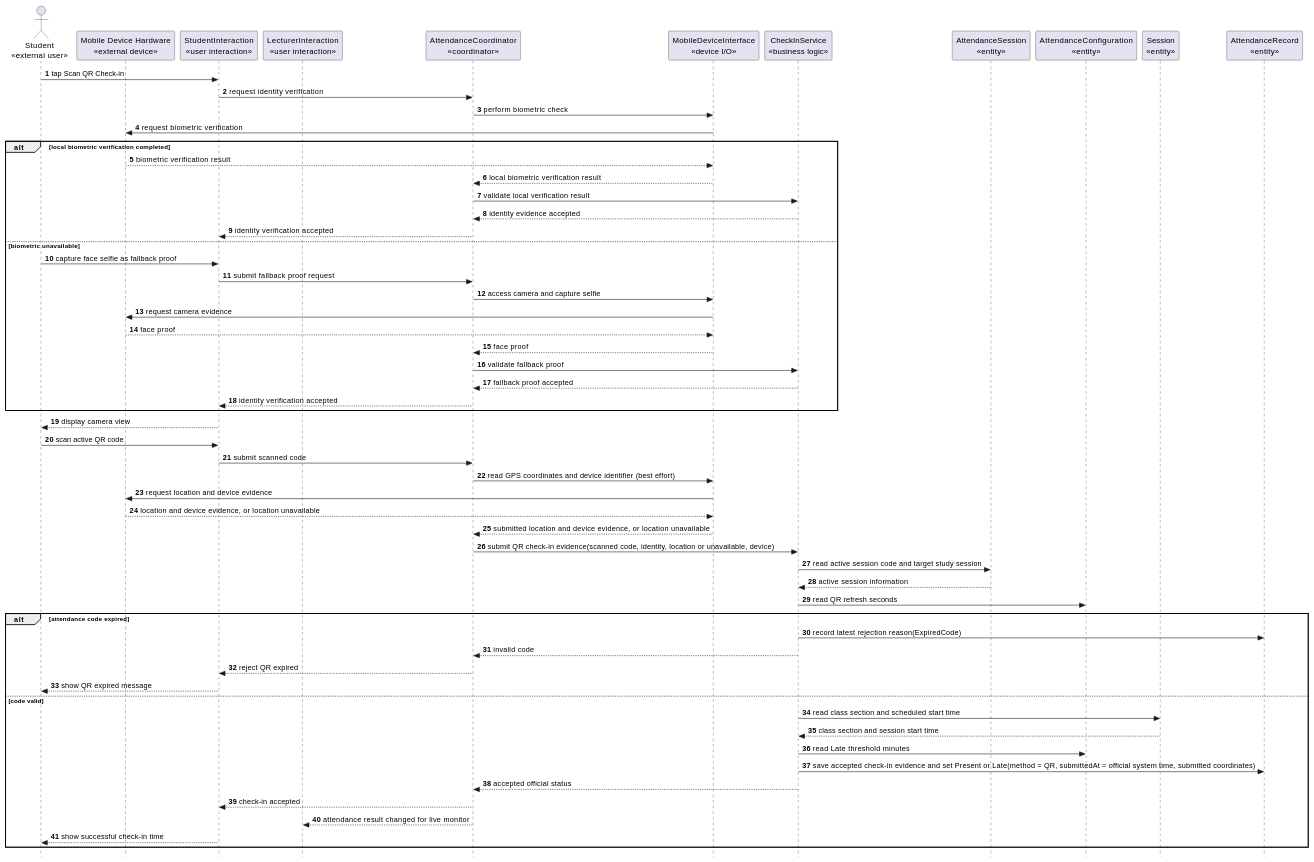
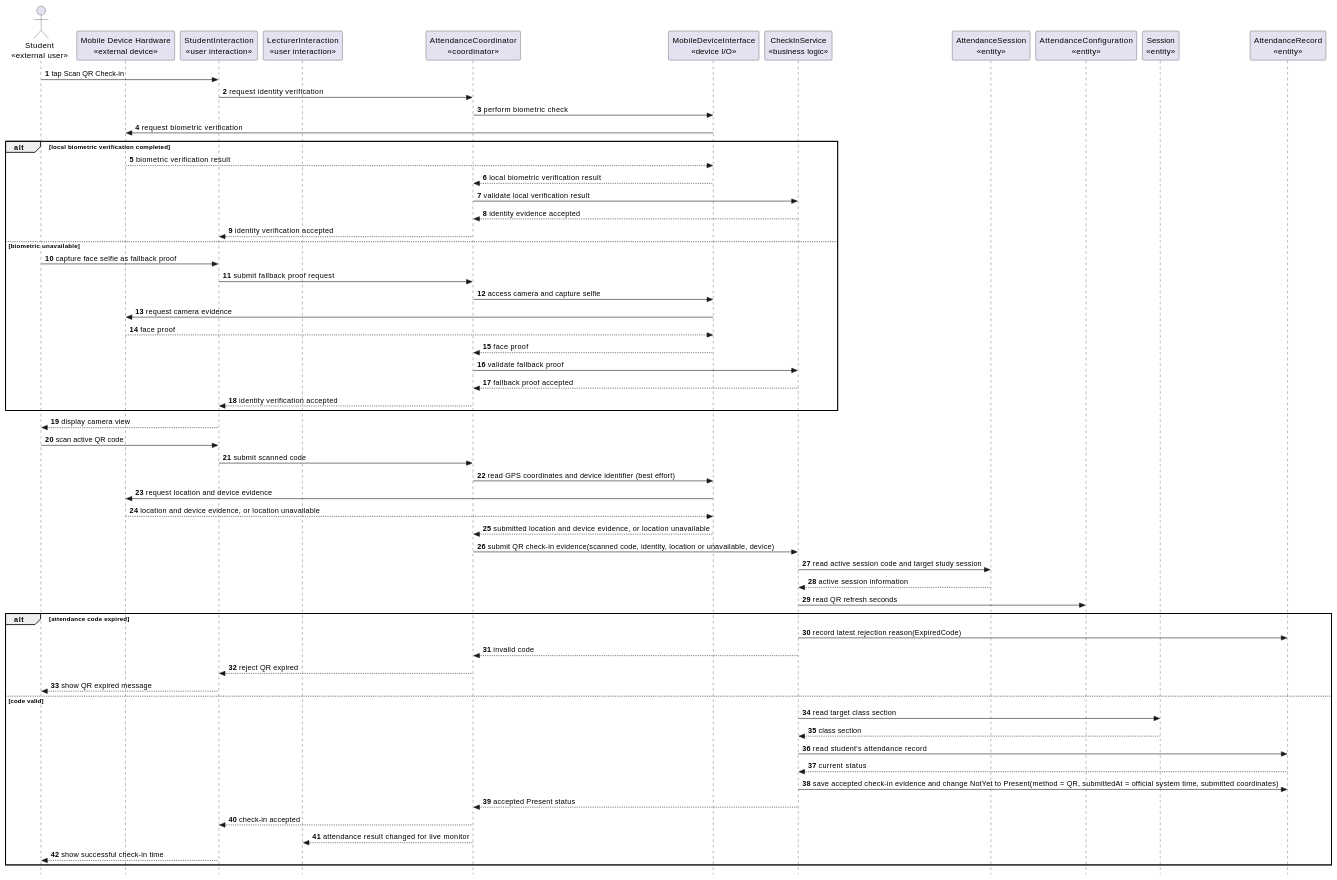
The ninth of 26 diagrams in docs/rds/2_Analysis.md (nttung42/SWD392), drawn with PlantUML before and after one commit. The commit also changed other lines of this file and 2 other files, not shown here.

````diff
--- a/docs/rds/2_Analysis.md
+++ b/docs/rds/2_Analysis.md
@@ -386,68 +383,69 @@
 ```plantuml
 @startuml
 skinparam style strictuml
 autonumber
 actor "Student\n«external user»" as Student
 participant "Mobile Device Hardware\n«external device»" as MobileHardware
 participant "StudentInteraction\n«user interaction»" as StudentUI
 participant "LecturerInteraction\n«user interaction»" as LecturerUI
 participant "AttendanceCoordinator\n«coordinator»" as CheckInControl
 participant "MobileDeviceInterface\n«device I/O»" as MobileSensor
 participant "CheckInService\n«business logic»" as AttendanceRules
 participant "AttendanceSession\n«entity»" as AttendanceSession
 participant "AttendanceConfiguration\n«entity»" as AttendanceConfig
 participant "Session\n«entity»" as Session
 participant "AttendanceRecord\n«entity»" as AttendanceRecord
 
 Student -> StudentUI : tap Scan QR Check-in
 StudentUI -> CheckInControl : request identity verification
 CheckInControl -> MobileSensor : perform biometric check
 MobileSensor -> MobileHardware : request biometric verification
 
 alt local biometric verification completed
   MobileHardware --> MobileSensor : biometric verification result
   MobileSensor --> CheckInControl : local biometric verification result
   CheckInControl -> AttendanceRules : validate local verification result
   AttendanceRules --> CheckInControl : identity evidence accepted
   CheckInControl --> StudentUI : identity verification accepted
 else biometric unavailable
   Student -> StudentUI : capture face selfie as fallback proof
   StudentUI -> CheckInControl : submit fallback proof request
   CheckInControl -> MobileSensor : access camera and capture selfie
   MobileSensor -> MobileHardware : request camera evidence
   MobileHardware --> MobileSensor : face proof
   MobileSensor --> CheckInControl : face proof
   CheckInControl -> AttendanceRules : validate fallback proof
   AttendanceRules --> CheckInControl : fallback proof accepted
   CheckInControl --> StudentUI : identity verification accepted
 end
 
 StudentUI --> Student : display camera view
 Student -> StudentUI : scan active QR code
 StudentUI -> CheckInControl : submit scanned code
 CheckInControl -> MobileSensor : read GPS coordinates and device identifier (best effort)
 MobileSensor -> MobileHardware : request location and device evidence
 MobileHardware --> MobileSensor : location and device evidence, or location unavailable
 MobileSensor --> CheckInControl : submitted location and device evidence, or location unavailable
 CheckInControl -> AttendanceRules : submit QR check-in evidence(scanned code, identity, location or unavailable, device)
 AttendanceRules -> AttendanceSession : read active session code and target study session
 AttendanceSession --> AttendanceRules : active session information
 AttendanceRules -> AttendanceConfig : read QR refresh seconds
 
 alt attendance code expired
   AttendanceRules -> AttendanceRecord : record latest rejection reason(ExpiredCode)
   AttendanceRules --> CheckInControl : invalid code
   CheckInControl --> StudentUI : reject QR expired
   StudentUI --> Student : show QR expired message
 else code valid
-  AttendanceRules -> Session : read class section and scheduled start time
-  Session --> AttendanceRules : class section and session start time
-  AttendanceRules -> AttendanceConfig : read Late threshold minutes
-  AttendanceRules -> AttendanceRecord : save accepted check-in evidence and set Present or Late(method = QR, submittedAt = official system time, submitted coordinates)
-  AttendanceRules --> CheckInControl : accepted official status
+  AttendanceRules -> Session : read target class section
+  Session --> AttendanceRules : class section
+  AttendanceRules -> AttendanceRecord : read student's attendance record
+  AttendanceRecord --> AttendanceRules : current status
+  AttendanceRules -> AttendanceRecord : save accepted check-in evidence and change NotYet to Present(method = QR, submittedAt = official system time, submitted coordinates)
+  AttendanceRules --> CheckInControl : accepted Present status
   CheckInControl --> StudentUI : check-in accepted
   CheckInControl --> LecturerUI : attendance result changed for live monitor
   StudentUI --> Student : show successful check-in time
 end
 @enduml
 ```
````
